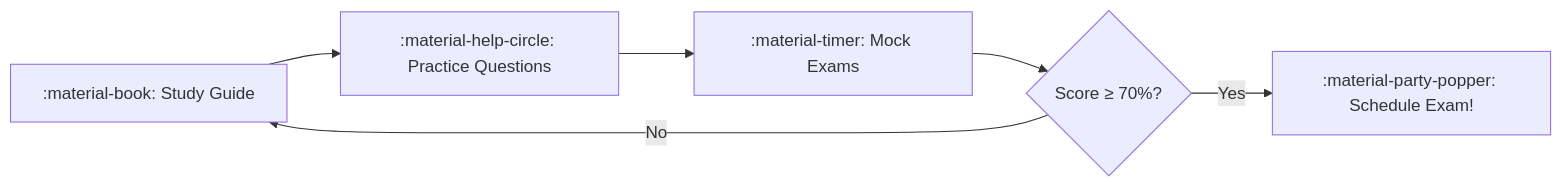
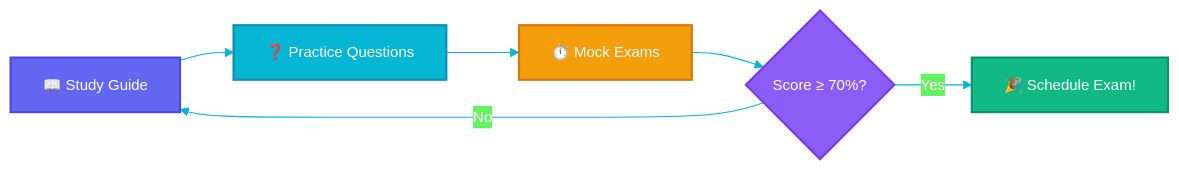
The second of 2 diagrams in docs/index.md (JohannesRabauer/gh-600-preparation), drawn with Mermaid before and after one commit. The commit also changed other lines of this file and 5 other files, not shown here.

First line of the commit message:
feat: add colorful animated diagrams and pictograms across study material

````diff
--- a/docs/index.md
+++ b/docs/index.md
@@ -52,8 +53,15 @@
 ```mermaid
+%%{init: {'theme': 'base', 'themeVariables': {'primaryColor': '#6366f1', 'primaryTextColor': '#fff', 'lineColor': '#06b6d4', 'fontSize': '14px'}}}%%
 flowchart LR
-    A[":material-book: Study Guide"] --> B[":material-help-circle: Practice Questions"]
-    B --> C[":material-timer: Mock Exams"]
-    C --> D{Score ≥ 70%?}
-    D -->|Yes| E[":material-party-popper: Schedule Exam!"]
+    A["📖 Study Guide"]:::study --> B["❓ Practice Questions"]:::practice
+    B --> C["⏱️ Mock Exams"]:::mock
+    C --> D{"Score ≥ 70%?"}:::check
+    D -->|Yes| E["🎉 Schedule Exam!"]:::pass
     D -->|No| A
+
+    classDef study fill:#6366f1,stroke:#4f46e5,color:#fff,stroke-width:2px
+    classDef practice fill:#06b6d4,stroke:#0891b2,color:#fff,stroke-width:2px
+    classDef mock fill:#f59e0b,stroke:#d97706,color:#fff,stroke-width:2px
+    classDef check fill:#8b5cf6,stroke:#7c3aed,color:#fff,stroke-width:2px
+    classDef pass fill:#10b981,stroke:#059669,color:#fff,stroke-width:2px
 ```
````
